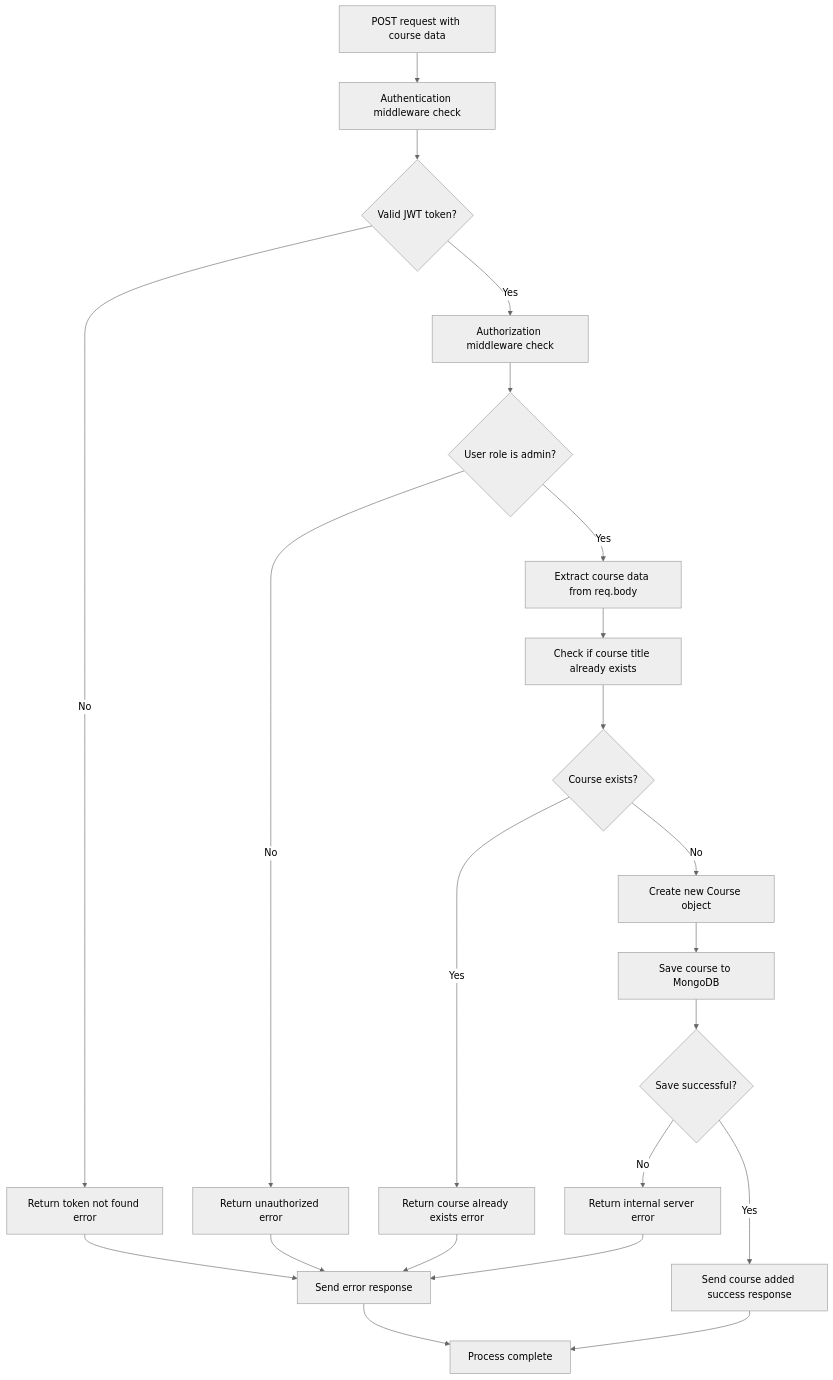
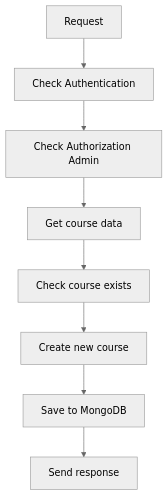
Before and after one commit to thehiten/node-js-code: the fifth of 11 diagrams in README.md, drawn with Mermaid (neutral theme). The commit also changed other lines of this file, not shown here.

````diff
--- a/README.md
+++ b/README.md
@@ -207,24 +172,10 @@
 ```mermaid
 graph TD
-    A[POST request with course data] --> B[Authentication middleware check]
-    B --> C{Valid JWT token?}
-    C -->|No| D[Return token not found error]
-    C -->|Yes| E[Authorization middleware check]
-    E --> F{User role is admin?}
-    F -->|No| G[Return unauthorized error]
-    F -->|Yes| H[Extract course data from req.body]
-    H --> I[Check if course title already exists]
-    I --> J{Course exists?}
-    J -->|Yes| K[Return course already exists error]
-    J -->|No| L[Create new Course object]
-    L --> M[Save course to MongoDB]
-    M --> N{Save successful?}
-    N -->|No| O[Return internal server error]
-    N -->|Yes| P[Send course added success response]
-    D --> Q[Send error response]
-    G --> Q
-    K --> Q
-    O --> Q
-    P --> R[Process complete]
-    Q --> R
+    A[Request] --> B[Check Authentication]
+    B --> C[Check Authorization Admin]
+    C --> D[Get course data]
+    D --> E[Check course exists]
+    E --> F[Create new course]
+    F --> G[Save to MongoDB]
+    G --> H[Send response]
 ```
````
